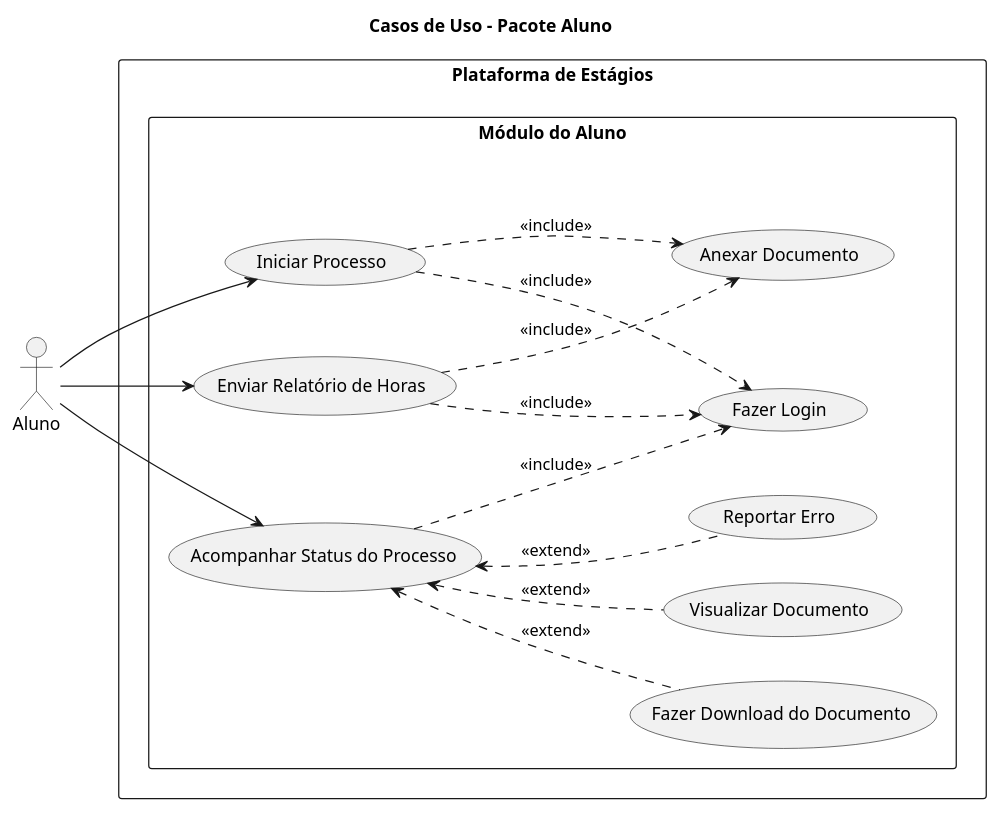
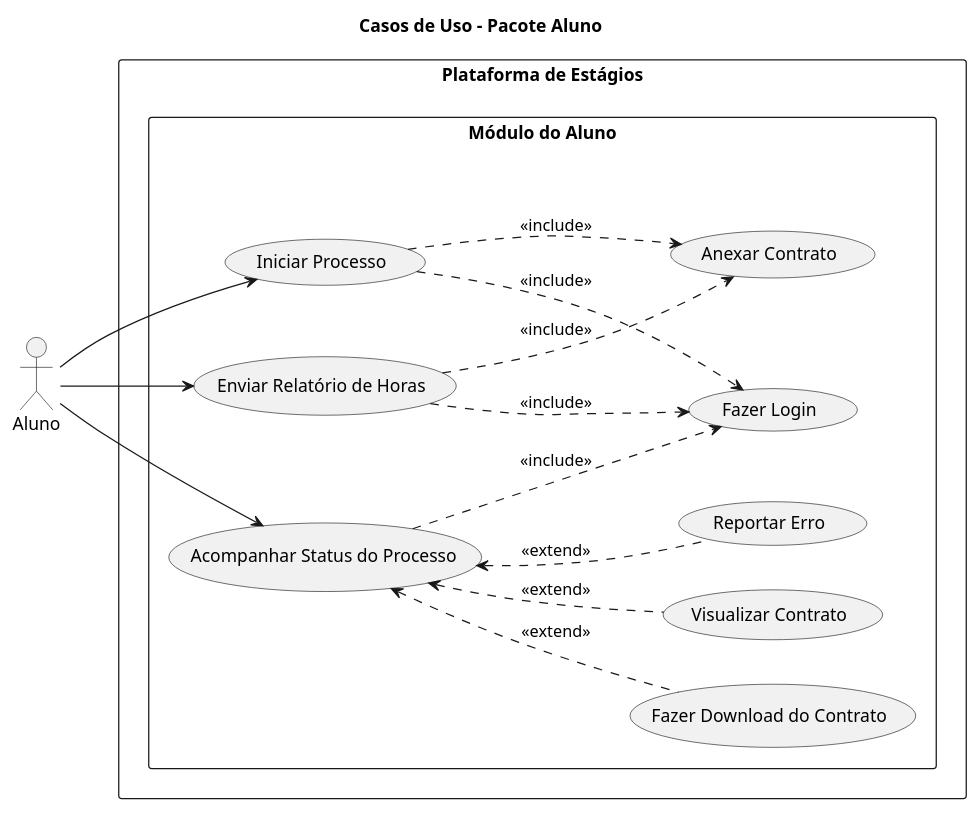
Before and after one commit to Projetos-de-Extensao/PBE_26.1_8002_III: the diagram in docs/assets/Diagramas/src/casos_de_uso_aluno.puml, drawn with PlantUML. The commit also changed 11 other files, not shown here.

```diff
--- a/docs/assets/Diagramas/src/casos_de_uso_aluno.puml
+++ b/docs/assets/Diagramas/src/casos_de_uso_aluno.puml
@@ -1,40 +1,40 @@
 @startuml
 title Casos de Uso - Pacote Aluno
 left to right direction
 skinparam packageStyle rectangle
 
 actor "Aluno" as aluno
 
 rectangle "Plataforma de Estágios" {
 
         package "Módulo do Aluno" {
             usecase "Fazer Login" as login
-            usecase "Anexar Documento" as enviar
+            usecase "Anexar Contrato" as enviar
             
             usecase "Iniciar Processo" as iniciar
             usecase "Enviar Relatório de Horas" as enviarHoras
             usecase "Acompanhar Status do Processo" as acompanhar
             
-            usecase "Fazer Download do Documento" as download
-            usecase "Visualizar Documento" as visualizarDoc
+            usecase "Fazer Download do Contrato" as download
+            usecase "Visualizar Contrato" as visualizarDoc
             usecase "Reportar Erro" as reportarErro
         }
 
 }
 
 aluno --> iniciar
 aluno --> enviarHoras
 aluno --> acompanhar
 
 iniciar ..> login : <<include>>
 enviarHoras ..> login : <<include>>
 acompanhar ..> login : <<include>>
 
 iniciar ..> enviar : <<include>>
 enviarHoras ..> enviar : <<include>>
 
 acompanhar <.. download : <<extend>>
 acompanhar <.. visualizarDoc : <<extend>>
 acompanhar <.. reportarErro : <<extend>>
 
 @enduml
```
